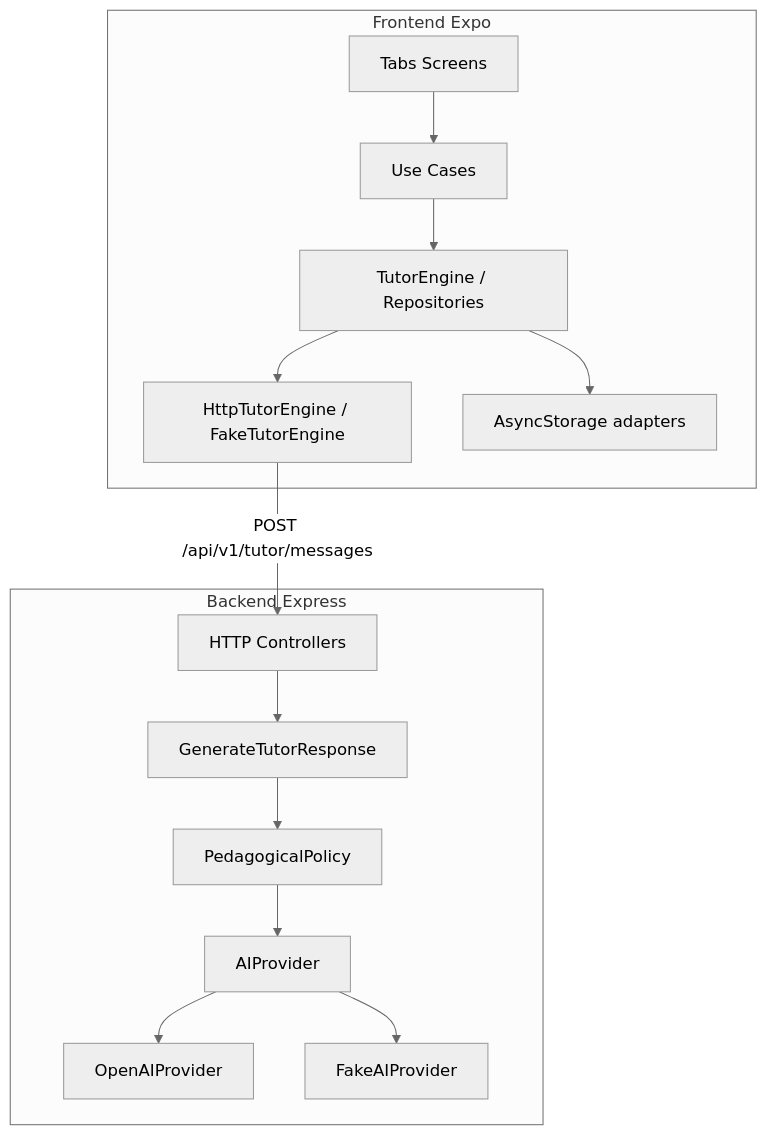
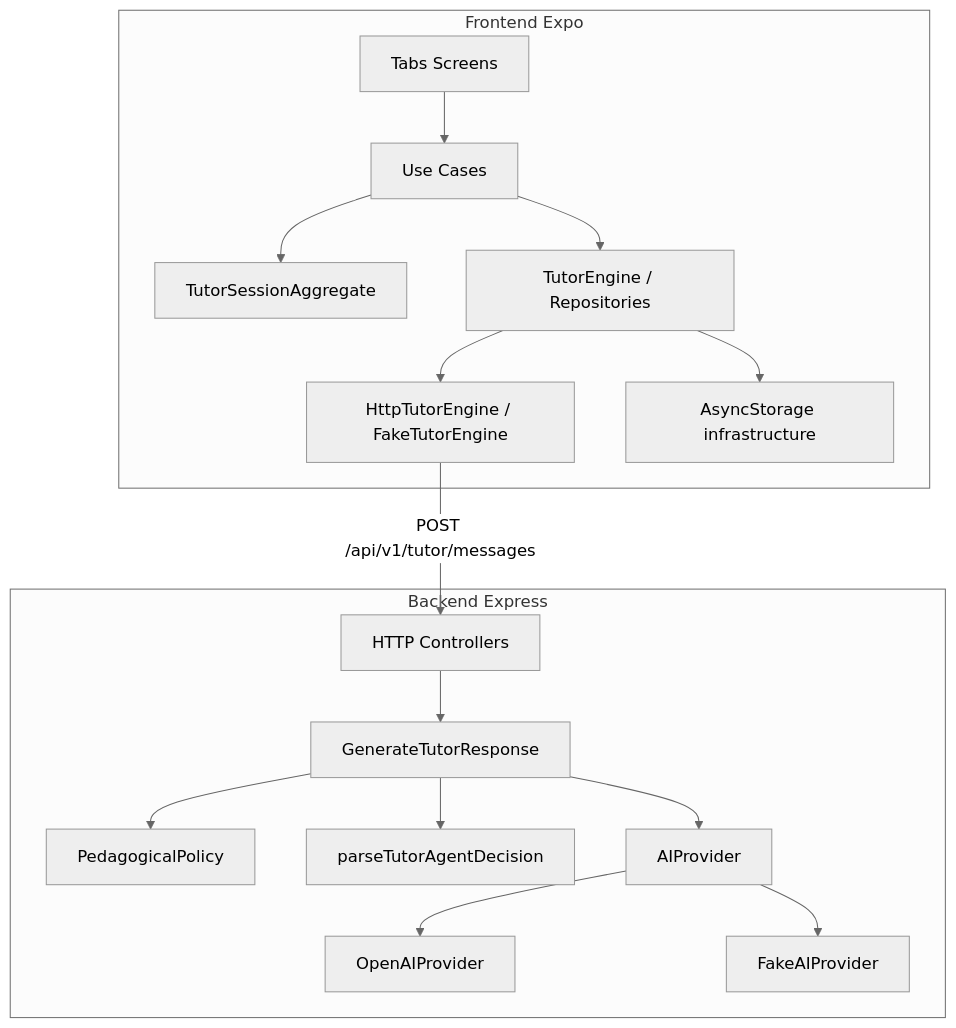
One commit to MrLuis-WebMaster/eduIA changed the diagram in docs/explanation/architecture.md. Above: the diagram before and after it, drawn with Mermaid (neutral theme). The commit also changed other lines of this file and 62 other files, not shown here.

````diff
--- a/docs/explanation/architecture.md
+++ b/docs/explanation/architecture.md
@@ -54,25 +73,32 @@
 ```mermaid
 flowchart TB
   subgraph mobile [Frontend Expo]
     Screens[Tabs Screens]
     UC[Use Cases]
+    Aggregate[TutorSessionAggregate]
     Ports[TutorEngine / Repositories]
     HttpFake[HttpTutorEngine / FakeTutorEngine]
-    Storage[AsyncStorage adapters]
-    Screens --> UC --> Ports
+    Storage[AsyncStorage infrastructure]
+    Screens --> UC
+    UC --> Aggregate
+    UC --> Ports
     Ports --> HttpFake
     Ports --> Storage
   end
   subgraph api [Backend Express]
     Routes[HTTP Controllers]
     GenUC[GenerateTutorResponse]
     Policy[PedagogicalPolicy]
+    Decision[parseTutorAgentDecision]
     AI[AIProvider]
     OpenAI[OpenAIProvider]
     FakeAI[FakeAIProvider]
-    Routes --> GenUC --> Policy --> AI
+    Routes --> GenUC
+    GenUC --> Policy
+    GenUC --> Decision
+    GenUC --> AI
     AI --> OpenAI
     AI --> FakeAI
   end
   HttpFake -->|POST /api/v1/tutor/messages| Routes
 ```
````
